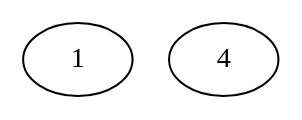
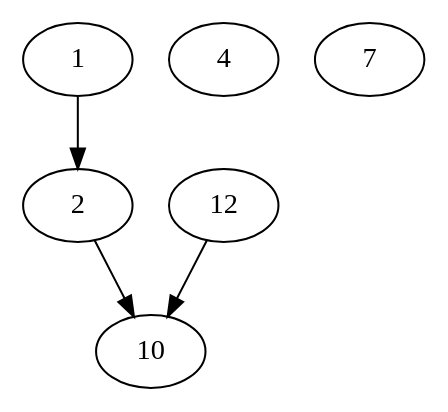
Before and after one commit to corradomio/java_projects: the diagram in check_jgrapht_spl/leavesPruned.dot, drawn with Graphviz. The commit also changed 10 other files, not shown here.

```diff
--- a/check_jgrapht_spl/leavesPruned.dot
+++ b/check_jgrapht_spl/leavesPruned.dot
@@ -1,4 +1,11 @@
 strict digraph G {
   1 [ label="1" ];
-  2 [ label="4" ];
+  2 [ label="2" ];
+  3 [ label="4" ];
+  4 [ label="7" ];
+  5 [ label="10" ];
+  6 [ label="12" ];
+  6 -> 5;
+  2 -> 5;
+  1 -> 2;
 }
```
